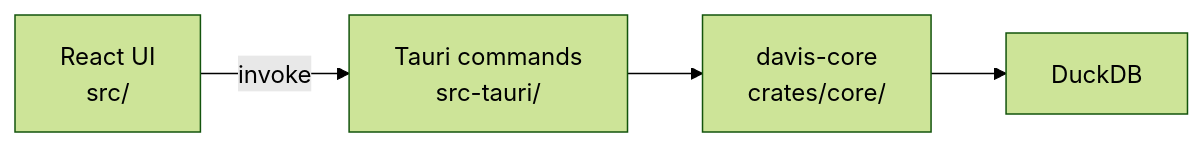
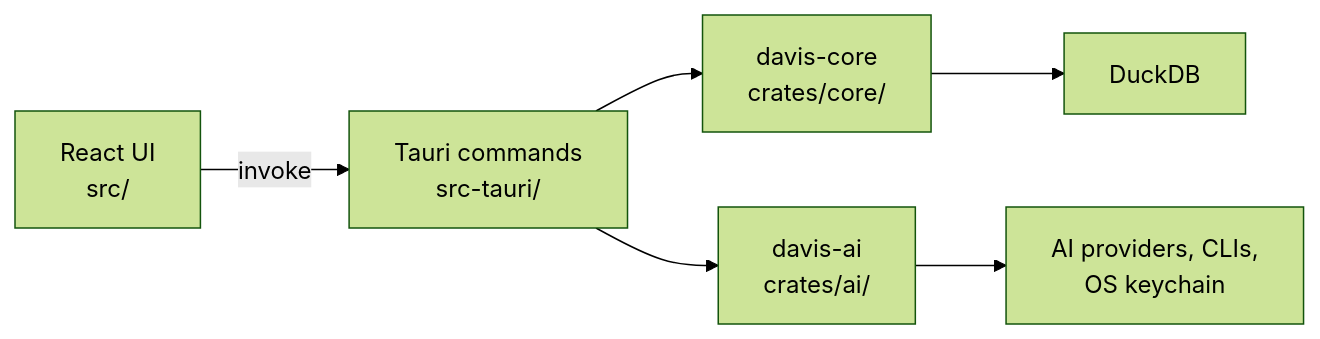
One commit to opikdev/davis changed the diagram in docs/architecture.md. Above: the diagram before and after it, drawn with Mermaid (forest theme). The commit also changed other lines of this file and 144 other files, not shown here.

````diff
--- a/docs/architecture.md
+++ b/docs/architecture.md
@@ -3,6 +3,8 @@
 ```mermaid
 flowchart LR
   UI["React UI<br/>src/"] -->|"invoke"| Commands["Tauri commands<br/>src-tauri/"]
   Commands --> Core["davis-core<br/>crates/core/"]
+  Commands --> AI["davis-ai<br/>crates/ai/"]
   Core --> DuckDB
+  AI --> Providers["AI providers, CLIs,<br/>OS keychain"]
 ```
````
